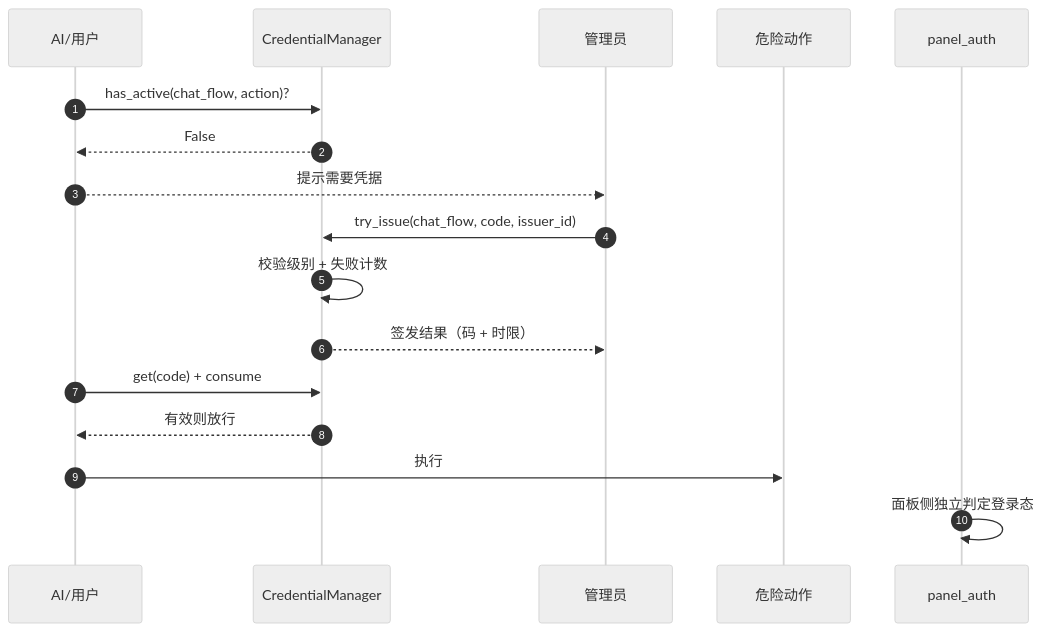
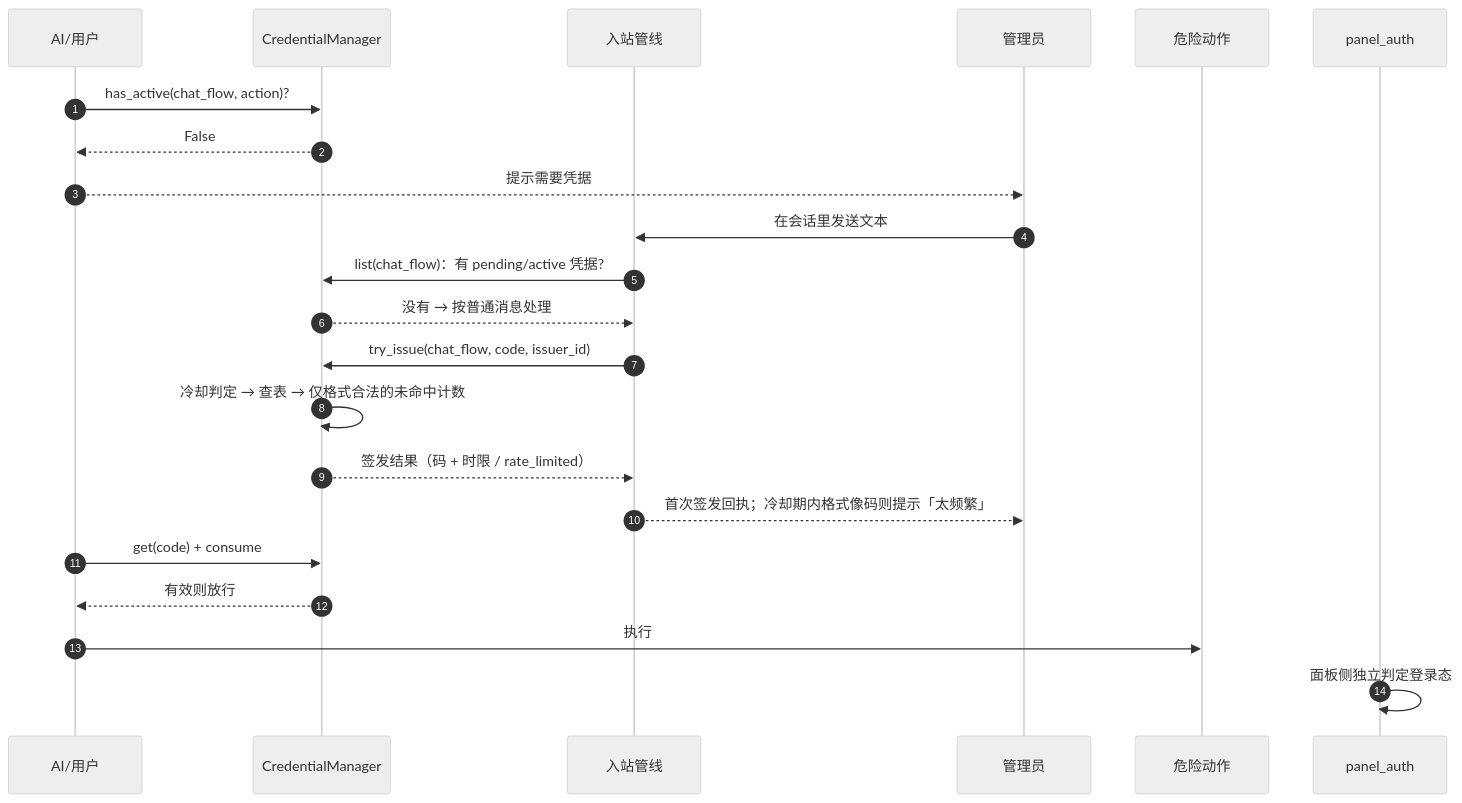
Before and after one commit to SuperQuail/NeoBot: the second of 8 diagrams in docs/flow/19-credentials-security.md, drawn with Mermaid (neutral theme). The commit also changed other lines of this file and 5 other files, not shown here.

````diff
--- a/docs/flow/19-credentials-security.md
+++ b/docs/flow/19-credentials-security.md
@@ -55,20 +66,25 @@
 ```mermaid
 sequenceDiagram
     autonumber
     participant AG as AI/用户
     participant CM as CredentialManager
+    participant RT as 入站管线
     participant AD as 管理员
     participant ACT as 危险动作
     participant PA as panel_auth
 
     AG->>CM: has_active(chat_flow, action)?
     CM-->>AG: False
     AG-->>AD: 提示需要凭据
-    AD->>CM: try_issue(chat_flow, code, issuer_id)
-    CM->>CM: 校验级别 + 失败计数
-    CM-->>AD: 签发结果（码 + 时限）
+    AD->>RT: 在会话里发送文本
+    RT->>CM: list(chat_flow)：有 pending/active 凭据?
+    CM-->>RT: 没有 → 按普通消息处理
+    RT->>CM: try_issue(chat_flow, code, issuer_id)
+    CM->>CM: 冷却判定 → 查表 → 仅格式合法的未命中计数
+    CM-->>RT: 签发结果（码 + 时限 / rate_limited）
+    RT-->>AD: 首次签发回执；冷却期内格式像码则提示「太频繁」
     AG->>CM: get(code) + consume
     CM-->>AG: 有效则放行
     AG->>ACT: 执行
     PA->>PA: 面板侧独立判定登录态
 ```
````
